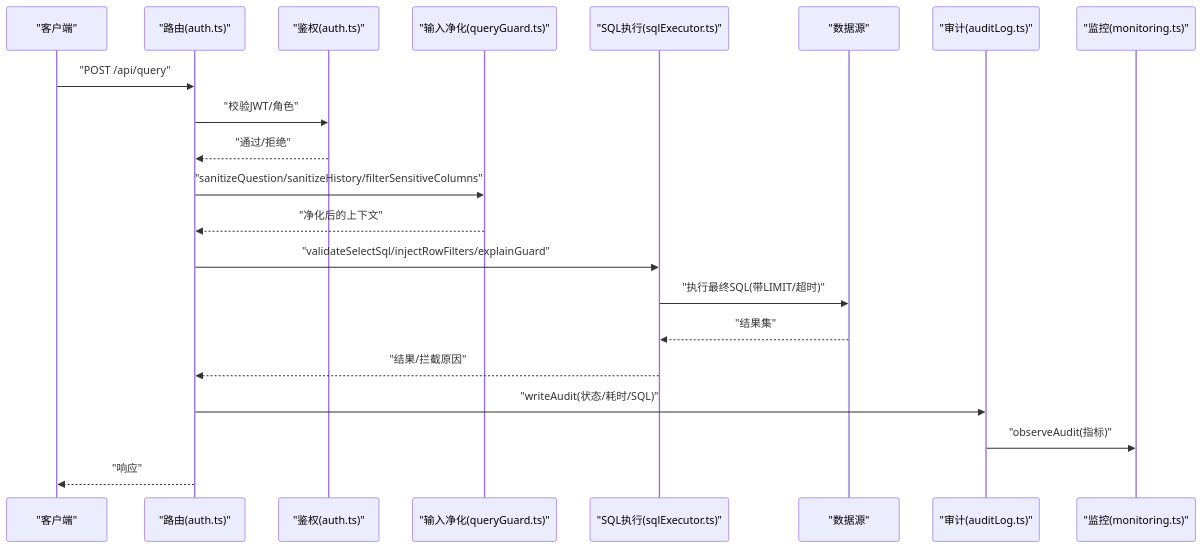
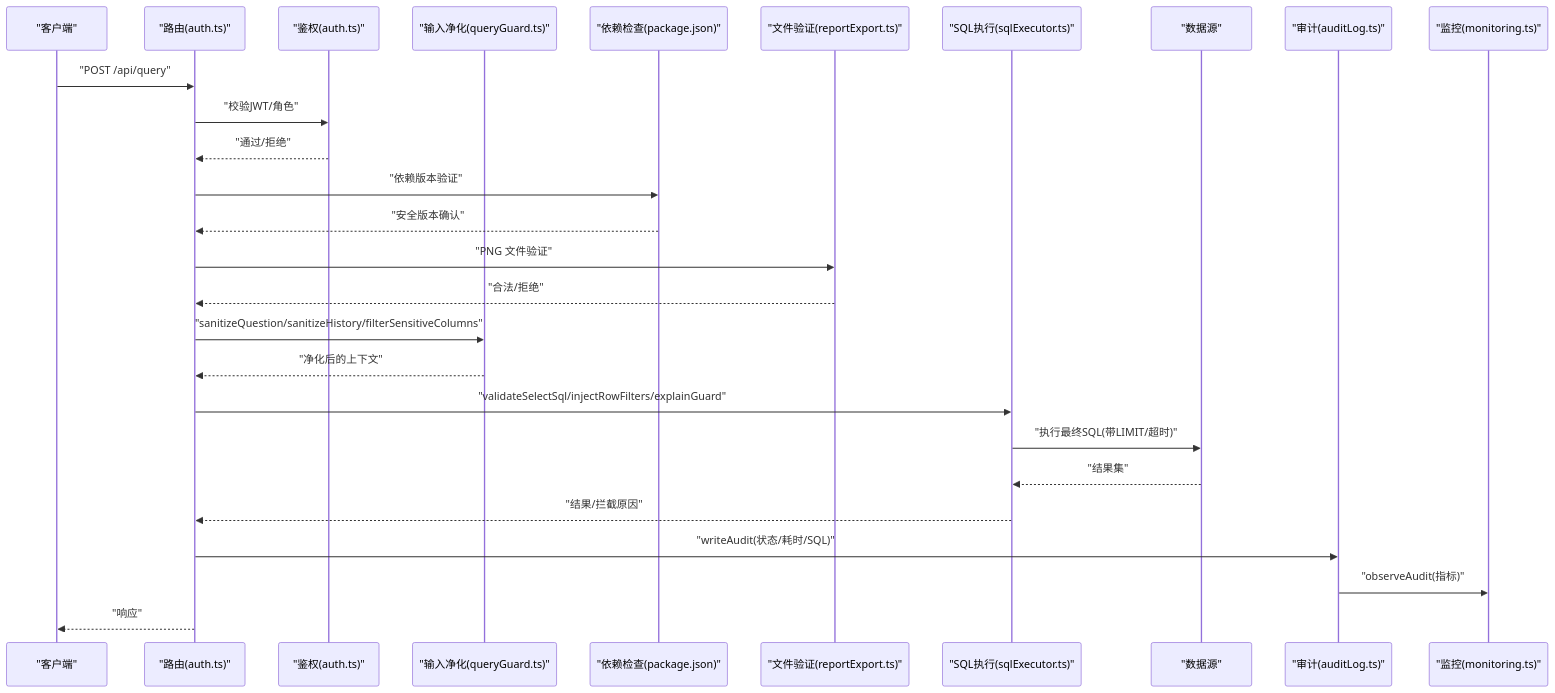
Before and after one commit to dgjin/smart-data-analytics: the second of 11 diagrams in .qoder/repowiki/zh/content/安全与认证/安全防护.md, drawn with Mermaid. The commit also changed other lines of this file and 100 other files, not shown here.

````diff
--- a/.qoder/repowiki/zh/content/安全与认证/安全防护.md
+++ b/.qoder/repowiki/zh/content/安全与认证/安全防护.md
@@ -149,23 +179,29 @@
 ```mermaid
 sequenceDiagram
 participant Client as "客户端"
 participant Routes as "路由(auth.ts)"
 participant Auth as "鉴权(auth.ts)"
 participant Guard as "输入净化(queryGuard.ts)"
+participant DepCheck as "依赖检查(package.json)"
+participant FileVal as "文件验证(reportExport.ts)"
 participant Exec as "SQL执行(sqlExecutor.ts)"
 participant DS as "数据源"
 participant Audit as "审计(auditLog.ts)"
 participant Mon as "监控(monitoring.ts)"
 Client->>Routes : "POST /api/query"
 Routes->>Auth : "校验JWT/角色"
 Auth-->>Routes : "通过/拒绝"
+Routes->>DepCheck : "依赖版本验证"
+DepCheck-->>Routes : "安全版本确认"
+Routes->>FileVal : "PNG 文件验证"
+FileVal-->>Routes : "合法/拒绝"
 Routes->>Guard : "sanitizeQuestion/sanitizeHistory/filterSensitiveColumns"
 Guard-->>Routes : "净化后的上下文"
 Routes->>Exec : "validateSelectSql/injectRowFilters/explainGuard"
 Exec->>DS : "执行最终SQL(带LIMIT/超时)"
 DS-->>Exec : "结果集"
 Exec-->>Routes : "结果/拦截原因"
 Routes->>Audit : "writeAudit(状态/耗时/SQL)"
 Audit->>Mon : "observeAudit(指标)"
 Routes-->>Client : "响应"
 ```
````
